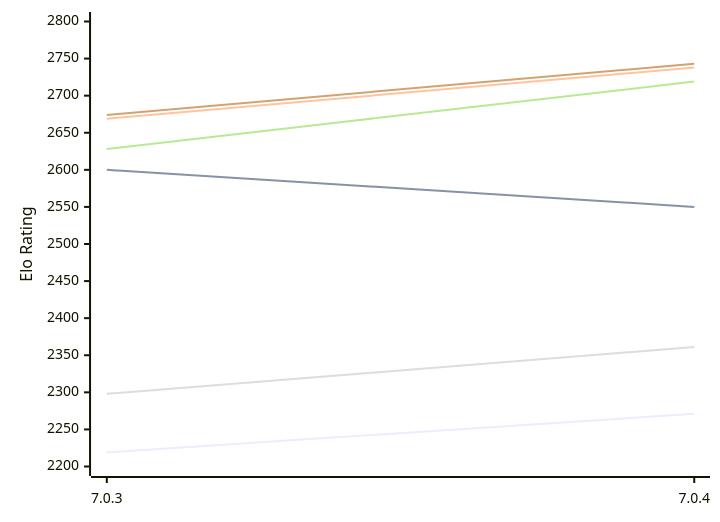
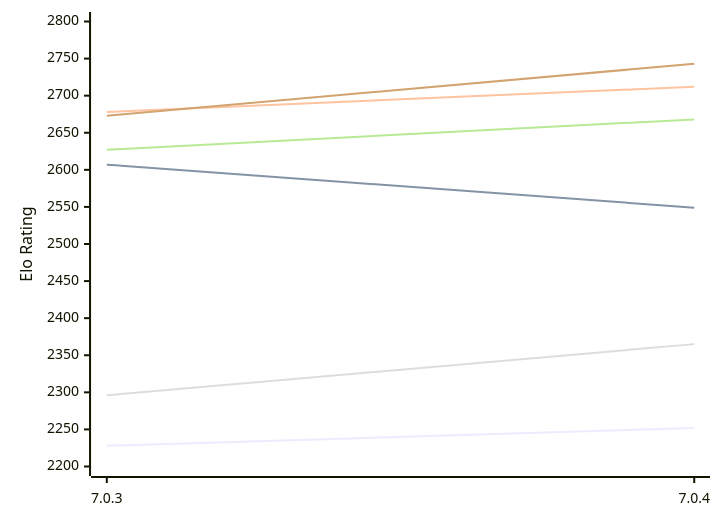
The diagram in engines/Buster.md (computer-chess-index/cci), drawn with Mermaid before and after one commit. The commit also changed other lines of this file, not shown here.

Commit message:
Update CCI Ratings (ELO VLTC) - 2026-11-07

````diff
--- a/engines/Buster.md
+++ b/engines/Buster.md
@@ -49,12 +49,12 @@
 ```mermaid
 %%{init: {"theme":"base","themeVariables":{"seriesColors:['#a3a3a3','#222221','#faa371']}}}%%
 xychart-beta
   x-axis ["7.0.3", "7.0.4"]
   y-axis "Elo Rating" 2200 --> 2800
-  line "E1: STC (8.0+0.08s)" [2219, 2271]
-  line "E1: LTC (60.0+0.60s)" [2600, 2550]
-  line "E1: VLTC (2m24s+1.12s)" [2669, 2738]
-  line "P1: STC (8.0+0.08s)" [2298, 2361]
-  line "P1: LTC (60.0+0.60s)" [2628, 2719]
-  line "P1: VLTC (2m24s+1.12s)" [2674, 2743]
+  line "E1: STC (8.0+0.08s)" [2228, 2252]
+  line "E1: LTC (60.0+0.60s)" [2607, 2549]
+  line "E1: VLTC (2m24s+1.12s)" [2678, 2712]
+  line "P1: STC (8.0+0.08s)" [2296, 2365]
+  line "P1: LTC (60.0+0.60s)" [2627, 2668]
+  line "P1: VLTC (2m24s+1.12s)" [2673, 2743]
 ```
````
